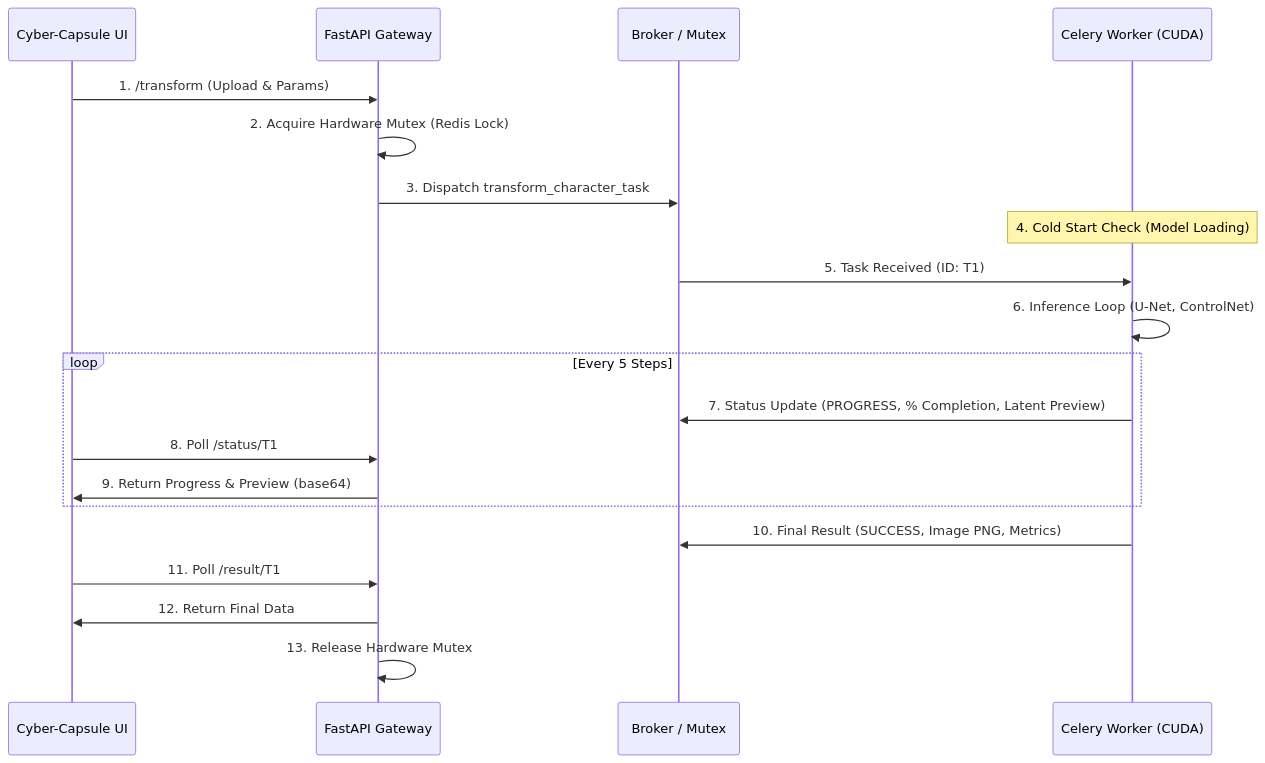
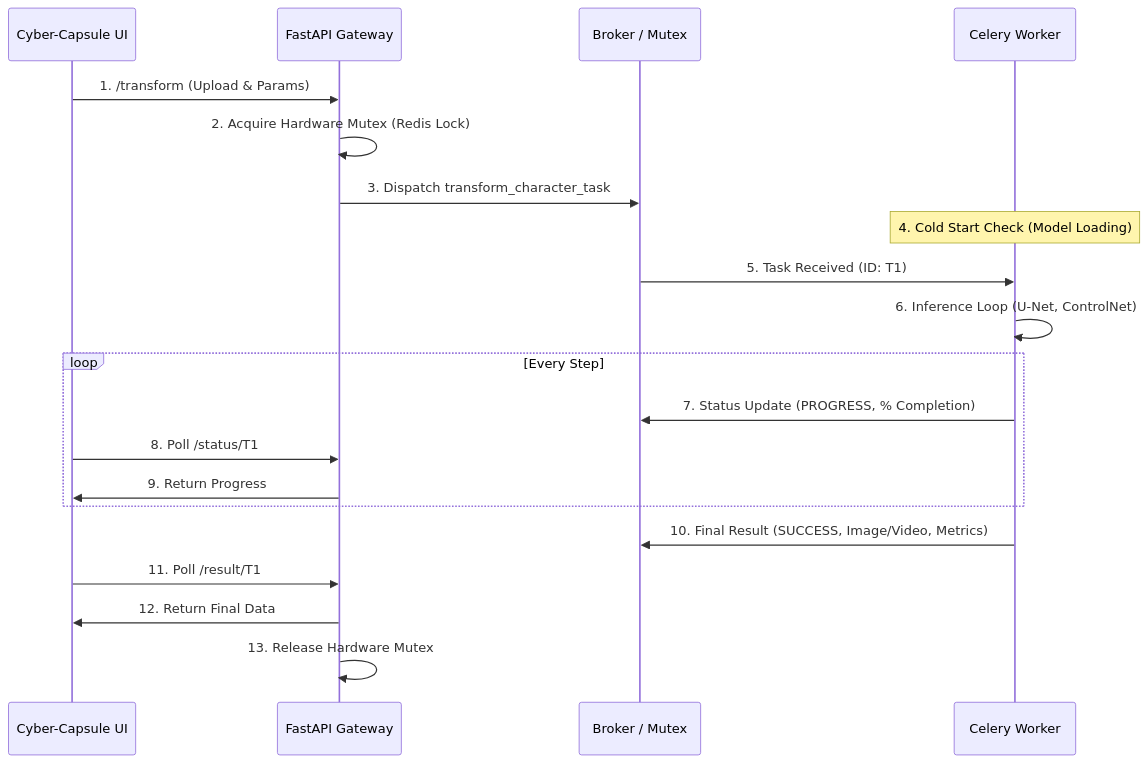
The third of 3 diagrams in README.md (enriquegonzalezgutierrez/z_realism_ai), drawn with Mermaid before and after one commit. The commit also changed other lines of this file, not shown here.

First line of the commit message:
docs: update README with v20.2 architecture and add AI model license

````diff
--- a/README.md
+++ b/README.md
@@ -64,23 +103,23 @@
 ```mermaid
 sequenceDiagram
     participant UI as Cyber-Capsule UI
     participant API as FastAPI Gateway
     participant Redis as Broker / Mutex
-    participant Worker as Celery Worker (CUDA)
+    participant Worker as Celery Worker
     
     UI->>API: 1. /transform (Upload & Params)
     API->>API: 2. Acquire Hardware Mutex (Redis Lock)
     API->>Redis: 3. Dispatch transform_character_task
     Note over Worker: 4. Cold Start Check (Model Loading)
     Redis->>Worker: 5. Task Received (ID: T1)
     Worker->>Worker: 6. Inference Loop (U-Net, ControlNet)
-    loop Every 5 Steps
-        Worker->>Redis: 7. Status Update (PROGRESS, % Completion, Latent Preview)
+    loop Every Step
+        Worker->>Redis: 7. Status Update (PROGRESS, % Completion)
         UI->>API: 8. Poll /status/T1
-        API->>UI: 9. Return Progress & Preview (base64)
+        API->>UI: 9. Return Progress
     end
-    Worker->>Redis: 10. Final Result (SUCCESS, Image PNG, Metrics)
+    Worker->>Redis: 10. Final Result (SUCCESS, Image/Video, Metrics)
     UI->>API: 11. Poll /result/T1
     API->>UI: 12. Return Final Data
     API->>API: 13. Release Hardware Mutex
 ```
````
